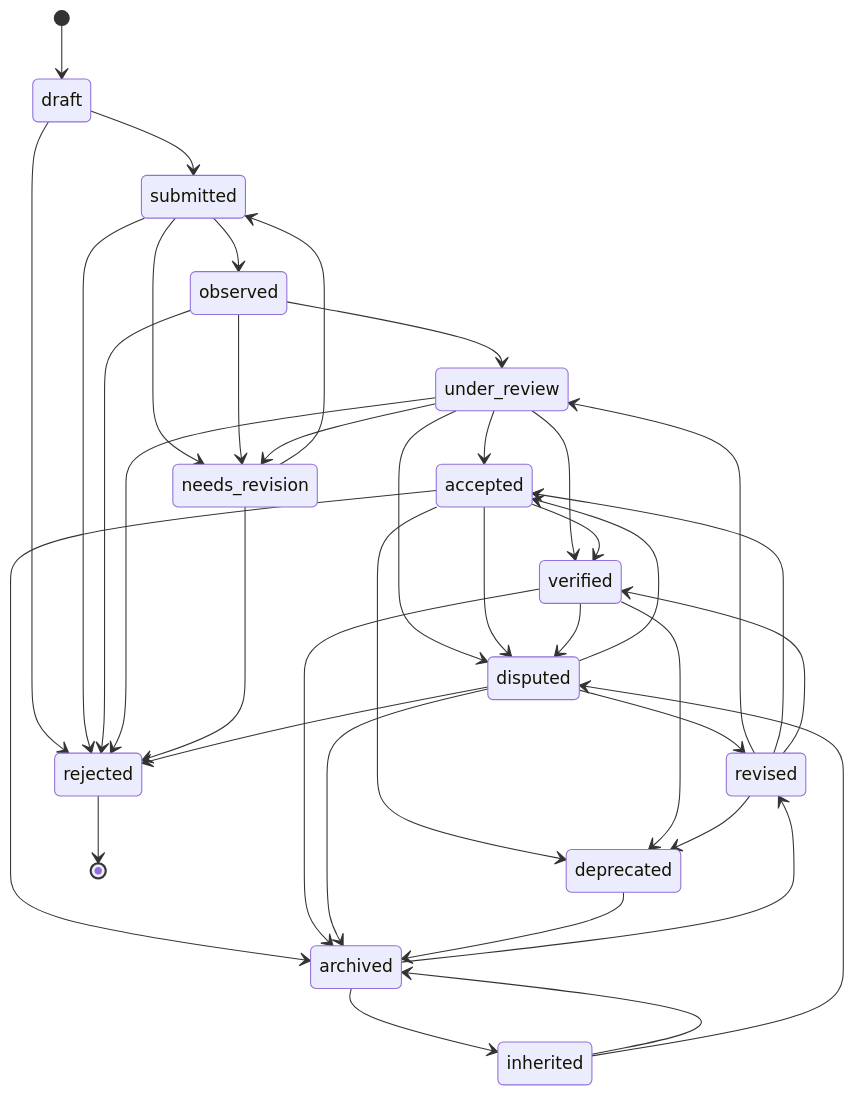
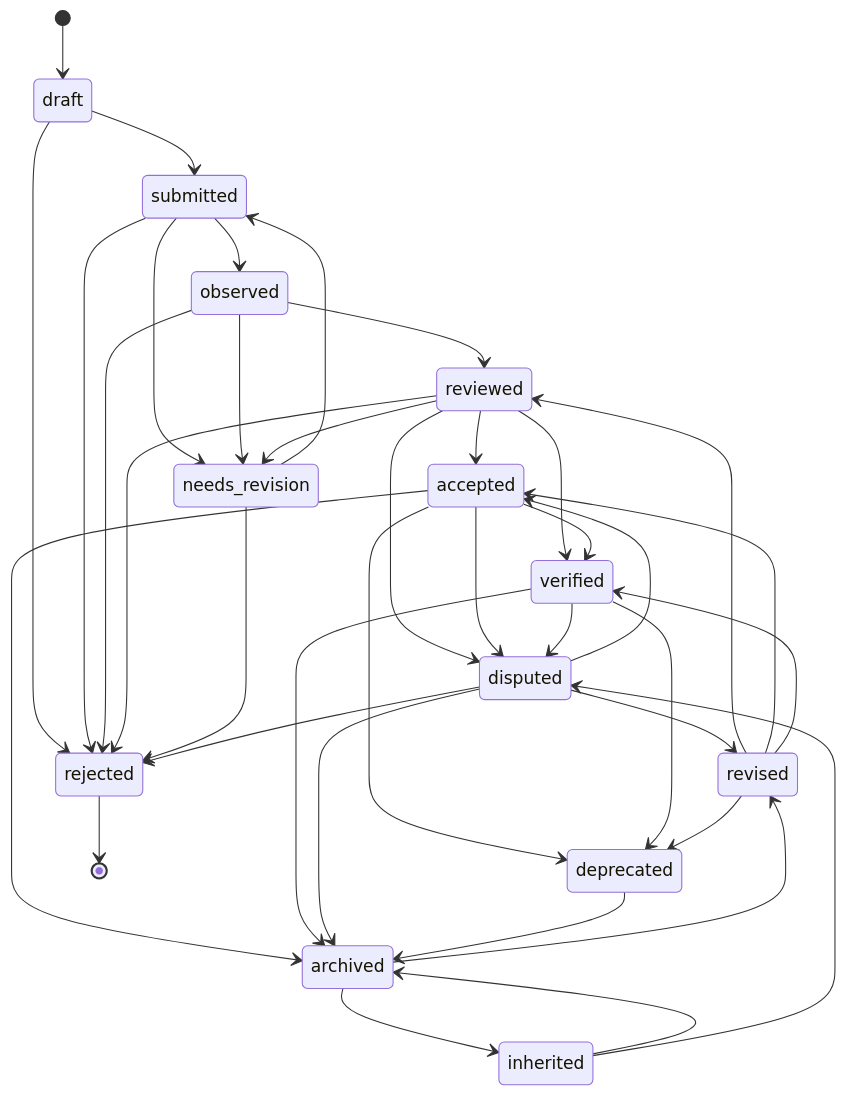
Before and after one commit to satoshi-Qore/chronicle-legacy-protocol: the diagram in docs/Lifecycle_State_Machine.md, drawn with Mermaid. The commit also changed other lines of this file, not shown here.

Commit message:
align lifecycle state machine with canonical architecture

````diff
--- a/docs/Lifecycle_State_Machine.md
+++ b/docs/Lifecycle_State_Machine.md
@@ -302,50 +321,50 @@
 ```mermaid
 stateDiagram-v2
     [*] --> draft
     draft --> submitted
     draft --> rejected
 
     submitted --> observed
     submitted --> needs_revision
     submitted --> rejected
 
-    observed --> under_review
+    observed --> reviewed
     observed --> needs_revision
     observed --> rejected
 
-    under_review --> accepted
-    under_review --> verified
-    under_review --> needs_revision
-    under_review --> disputed
-    under_review --> rejected
+    reviewed --> accepted
+    reviewed --> verified
+    reviewed --> needs_revision
+    reviewed --> disputed
+    reviewed --> rejected
 
     needs_revision --> submitted
     needs_revision --> rejected
 
     accepted --> verified
     accepted --> disputed
     accepted --> deprecated
     accepted --> archived
 
     verified --> disputed
     verified --> deprecated
     verified --> archived
 
     disputed --> revised
     disputed --> accepted
     disputed --> rejected
     disputed --> archived
 
-    revised --> under_review
+    revised --> reviewed
     revised --> accepted
     revised --> verified
     revised --> deprecated
 
     deprecated --> archived
     archived --> revised
     archived --> inherited
     inherited --> archived
     inherited --> disputed
 
     rejected --> [*]
 ```
````
